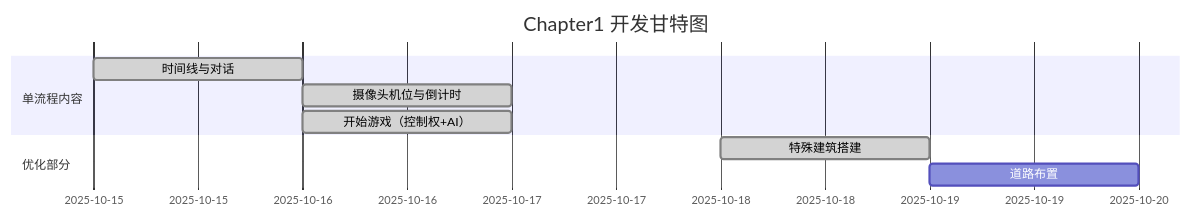
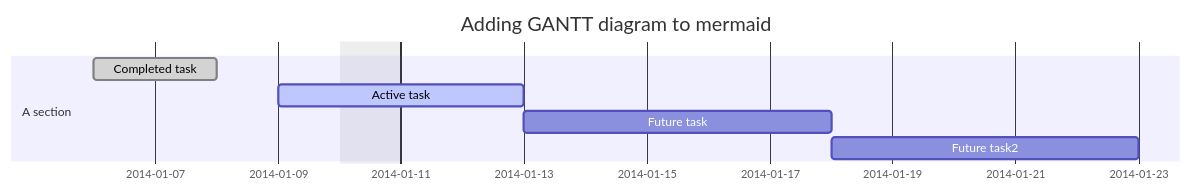
One commit to u9king/LeNote changed the second of 2 diagrams in Typroa/Typora使用教程.md. Above: the diagram before and after it, drawn with Mermaid. The commit also changed other lines of this file and 2 other files, not shown here.

````diff
--- a/Typroa/Typora使用教程.md
+++ b/Typroa/Typora使用教程.md
@@ -112,12 +130,12 @@
-```Mermaid
+```mermaid
 gantt
-    title Chapter1 开发甘特图
-    dateFormat YYYY-MM-DD
-    section 单流程内容
-        时间线与对话          :done, t1, 2025-10-15, 1d
-        摄像头机位与倒计时    :done, after t1, 1d
-        开始游戏（控制权+AI） :done, after t1, 1d
-    section 优化部分
-        特殊建筑搭建          :done, o1, 2025-10-18, 1d
-        道路布置              :todo, after o1, 1d
+dateFormat  YYYY-MM-DD
+title Adding GANTT diagram to mermaid
+excludes weekdays 2014-01-10
+
+section A section
+Completed task            :done,    des1, 2014-01-06,2014-01-08
+Active task               :active,  des2, 2014-01-09, 3d
+Future task               :         des3, after des2, 5d
+Future task2               :         des4, after des3, 5d
 ```
````
